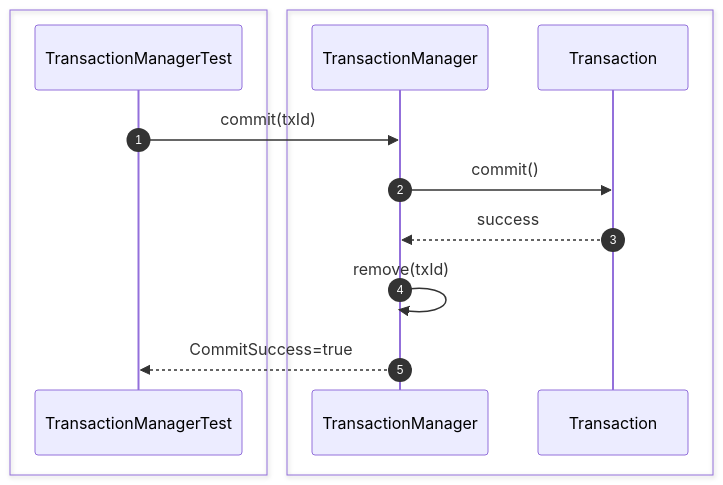
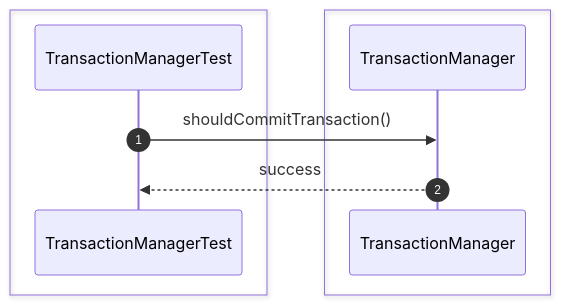
The second of 54 diagrams in src/sequence/transaction.md (Huy1801214/dbms-architecture), drawn with Mermaid before and after one commit. The commit also changed other lines of this file and 68 other files, not shown here.

Commit message:
implement comprehensive unit test suite and architectural sequence documentation

````diff
--- a/src/sequence/transaction.md
+++ b/src/sequence/transaction.md
@@ -25,18 +21,13 @@
 ```mermaid
 sequenceDiagram
     autonumber
-
     box #e1f5fe Test Suite
     participant Test as TransactionManagerTest
     end
-    box #ffebee Transaction Components
-    participant Manager as TransactionManager
-    participant Tx as Transaction
+    box #ffebee TransactionManager Component
+    participant TM as TransactionManager
     end
 
-    Test->>Manager: commit(txId)
-    Manager->>Tx: commit()
-    Tx-->>Manager: success
-    Manager->>Manager: remove(txId)
-    Manager-->>Test: CommitSuccess=true
+    Test->>TM: shouldCommitTransaction()
+    TM-->>Test: success
 ```
````
